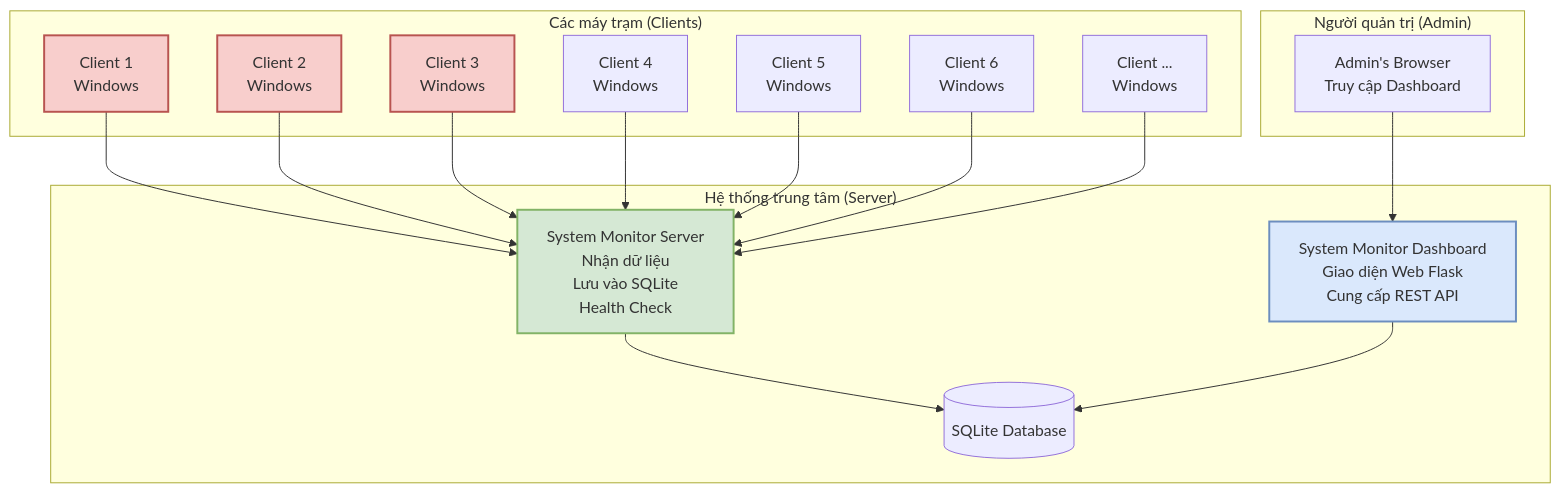
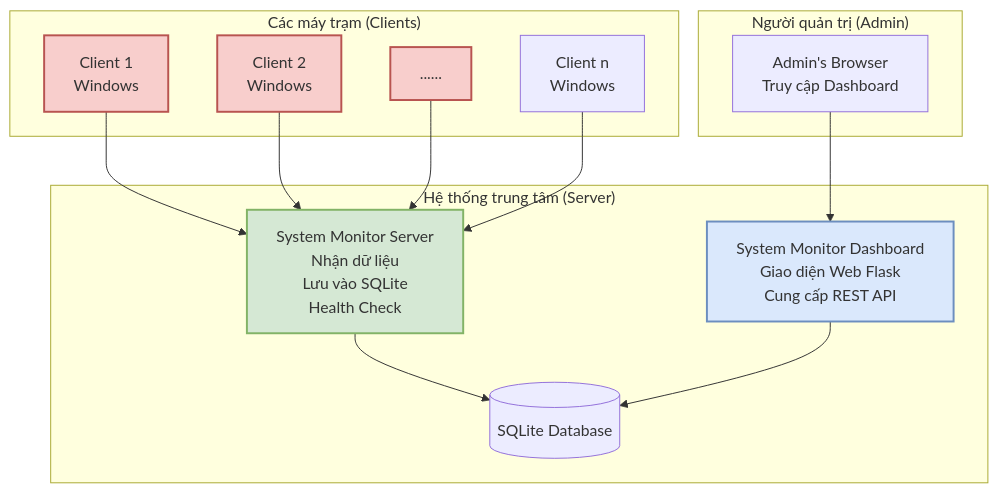
One commit to caophuocdanh/System-Monitor changed the diagram in README.md. Above: the diagram before and after it, drawn with Mermaid.

````diff
--- a/README.md
+++ b/README.md
@@ -56,40 +56,34 @@
 ```mermaid
 graph TD
     subgraph "Các máy trạm (Clients)"
         C1[Client 1 <br> Windows]
         C2[Client 2 <br> Windows]
-        C3[Client 3 <br> Windows]
-        C4[Client 4 <br> Windows]
-        C5[Client 5 <br> Windows]
-        C6[Client 6 <br> Windows]
-        C7[Client ... <br> Windows]
+        C3[......]
+        C4[Client n <br> Windows]
     end
 
     subgraph "Hệ thống trung tâm (Server)"
         S[System Monitor Server <br>Nhận dữ liệu <br>Lưu vào SQLite <br>Health Check]
         DB[(SQLite Database)]
         DASH[System Monitor Dashboard <br>Giao diện Web Flask <br>Cung cấp REST API]
     end
 
     subgraph "Người quản trị (Admin)"
         ADMIN[Admin's Browser <br> Truy cập Dashboard]
     end
 
     C1 --> S
     C2 --> S
     C3 --> S
     C4 --> S
-    C5 --> S
-    C6 --> S
-    C7 --> S
 
     S --> DB
     DASH --> DB
     ADMIN --> DASH
 
     style S fill:#D5E8D4,stroke:#82B366,stroke-width:2px
     style DASH fill:#DAE8FC,stroke:#6C8EBF,stroke-width:2px
     style C1 fill:#F8CECC,stroke:#B85450,stroke-width:2px
     style C2 fill:#F8CECC,stroke:#B85450,stroke-width:2px
     style C3 fill:#F8CECC,stroke:#B85450,stroke-width:2px
 ```
````
